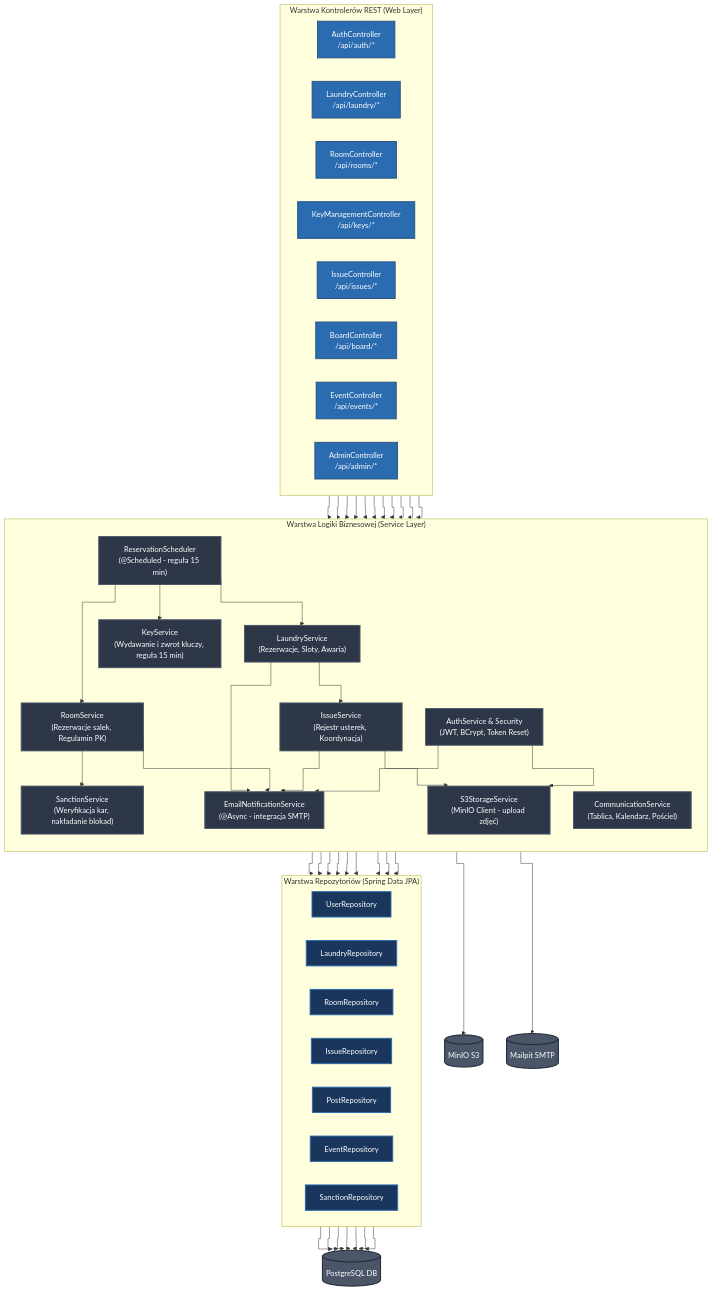
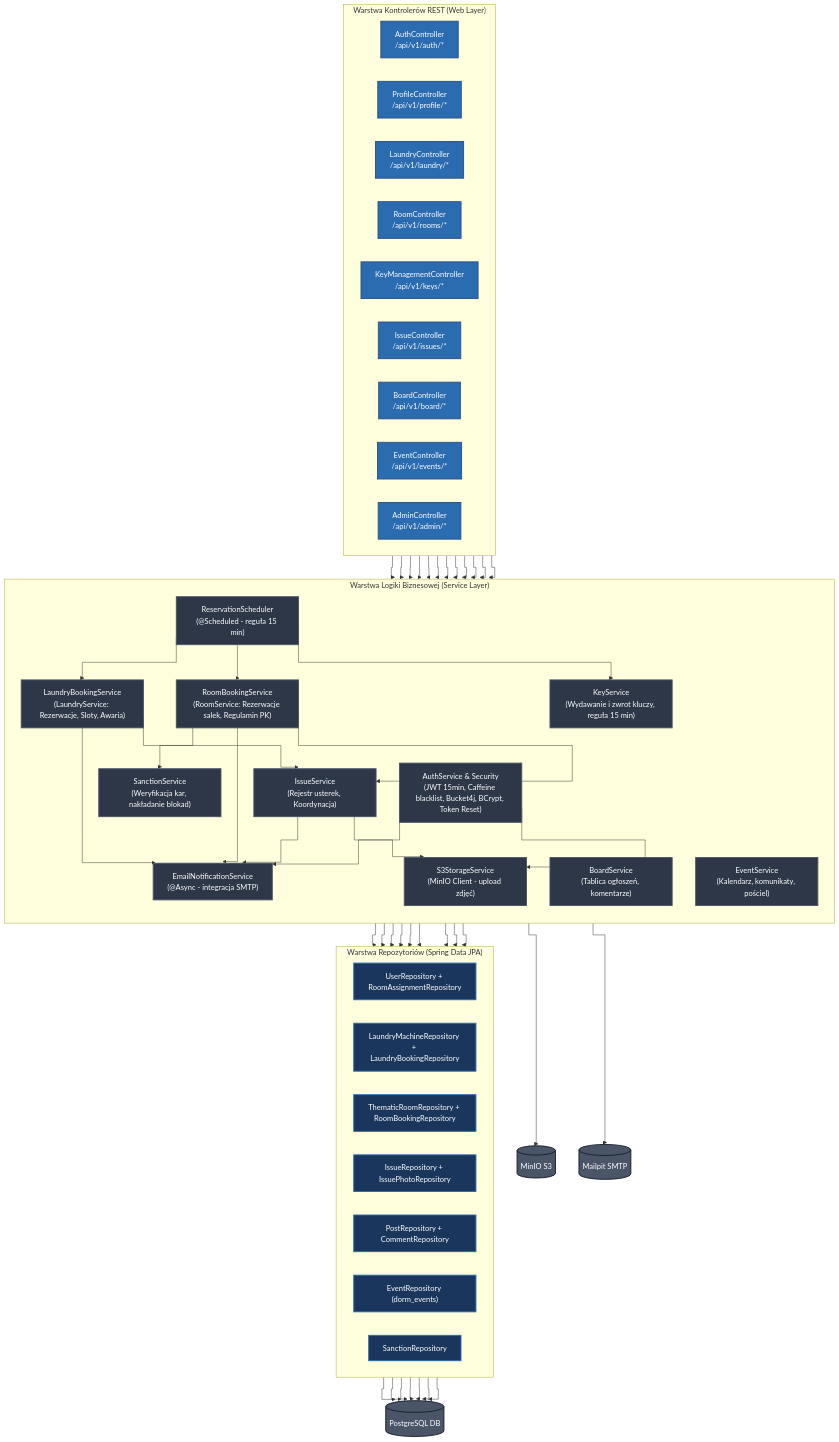
The third of 3 diagrams in Docs/Diagram_Komponentow_C4.md (Buczy8/PKampus), drawn with Mermaid before and after one commit. The commit also changed other lines of this file and 7 other files, not shown here.

```diff
--- a/Docs/Diagram_Komponentow_C4.md
+++ b/Docs/Diagram_Komponentow_C4.md
@@ -100,25 +102,27 @@
 
     subgraph API_Controllers ["Warstwa Kontrolerów REST (Web Layer)"]
         direction LR
-        C_AUTH["AuthController<br/>/api/auth/*"]:::ctrlStyle
-        C_LAUND["LaundryController<br/>/api/laundry/*"]:::ctrlStyle
-        C_ROOM["RoomController<br/>/api/rooms/*"]:::ctrlStyle
-        C_KEY["KeyManagementController<br/>/api/keys/*"]:::ctrlStyle
-        C_ISSUE["IssueController<br/>/api/issues/*"]:::ctrlStyle
-        C_BOARD["BoardController<br/>/api/board/*"]:::ctrlStyle
-        C_EVENT["EventController<br/>/api/events/*"]:::ctrlStyle
-        C_ADMIN["AdminController<br/>/api/admin/*"]:::ctrlStyle
+        C_AUTH["AuthController<br/>/api/v1/auth/*"]:::ctrlStyle
+        C_PROFILE["ProfileController<br/>/api/v1/profile/*"]:::ctrlStyle
+        C_LAUND["LaundryController<br/>/api/v1/laundry/*"]:::ctrlStyle
+        C_ROOM["RoomController<br/>/api/v1/rooms/*"]:::ctrlStyle
+        C_KEY["KeyManagementController<br/>/api/v1/keys/*"]:::ctrlStyle
+        C_ISSUE["IssueController<br/>/api/v1/issues/*"]:::ctrlStyle
+        C_BOARD["BoardController<br/>/api/v1/board/*"]:::ctrlStyle
+        C_EVENT["EventController<br/>/api/v1/events/*"]:::ctrlStyle
+        C_ADMIN["AdminController<br/>/api/v1/admin/*"]:::ctrlStyle
     end
 
     subgraph Business_Services ["Warstwa Logiki Biznesowej (Service Layer)"]
         direction TB
-        S_AUTH["AuthService & Security<br/>(JWT, BCrypt, Token Reset)"]:::svcStyle
-        S_LAUND["LaundryService<br/>(Rezerwacje, Sloty, Awaria)"]:::svcStyle
-        S_ROOM["RoomService<br/>(Rezerwacje salek, Regulamin PK)"]:::svcStyle
+        S_AUTH["AuthService & Security<br/>(JWT 15min, Caffeine blacklist, Bucket4j, BCrypt, Token Reset)"]:::svcStyle
+        S_LAUND["LaundryBookingService<br/>(LaundryService: Rezerwacje, Sloty, Awaria)"]:::svcStyle
+        S_ROOM["RoomBookingService<br/>(RoomService: Rezerwacje salek, Regulamin PK)"]:::svcStyle
         S_KEY["KeyService<br/>(Wydawanie i zwrot kluczy, reguła 15 min)"]:::svcStyle
         S_SANC["SanctionService<br/>(Weryfikacja kar, nakładanie blokad)"]:::svcStyle
         S_ISSUE["IssueService<br/>(Rejestr usterek, Koordynacja)"]:::svcStyle
-        S_COMM["CommunicationService<br/>(Tablica, Kalendarz, Pościel)"]:::svcStyle
+        S_BOARD["BoardService<br/>(Tablica ogłoszeń, komentarze)"]:::svcStyle
+        S_EVENT["EventService<br/>(Kalendarz, komunikaty, pościel)"]:::svcStyle
         S_SCHED["ReservationScheduler<br/>(@Scheduled - reguła 15 min)"]:::svcStyle
         S_MAIL["EmailNotificationService<br/>(@Async - integracja SMTP)"]:::svcStyle
         S_S3["S3StorageService<br/>(MinIO Client - upload zdjęć)"]:::svcStyle
@@ -126,12 +130,12 @@
 
     subgraph Data_Layer ["Warstwa Repozytoriów (Spring Data JPA)"]
         direction LR
-        R_USER["UserRepository"]:::repoStyle
-        R_LAUND["LaundryRepository"]:::repoStyle
-        R_ROOM["RoomRepository"]:::repoStyle
-        R_ISSUE["IssueRepository"]:::repoStyle
-        R_POST["PostRepository"]:::repoStyle
-        R_EVENT["EventRepository"]:::repoStyle
+        R_USER["UserRepository + RoomAssignmentRepository"]:::repoStyle
+        R_LAUND["LaundryMachineRepository + LaundryBookingRepository"]:::repoStyle
+        R_ROOM["ThematicRoomRepository + RoomBookingRepository"]:::repoStyle
+        R_ISSUE["IssueRepository + IssuePhotoRepository"]:::repoStyle
+        R_POST["PostRepository + CommentRepository"]:::repoStyle
+        R_EVENT["EventRepository (dorm_events)"]:::repoStyle
         R_SANC["SanctionRepository"]:::repoStyle
     end
 
@@ -141,12 +145,13 @@
 
     %% Powiązania kontrolerów z serwisami
     C_AUTH --> S_AUTH
+    C_PROFILE --> S_AUTH
     C_LAUND --> S_LAUND
     C_ROOM --> S_ROOM
     C_KEY --> S_KEY
     C_ISSUE --> S_ISSUE
-    C_BOARD --> S_COMM
-    C_EVENT --> S_COMM
+    C_BOARD --> S_BOARD
+    C_EVENT --> S_EVENT
     C_ADMIN --> S_AUTH
     C_ADMIN --> S_LAUND
     C_ADMIN --> S_ROOM
@@ -155,6 +160,7 @@
     %% Koordynacja między serwisami
     S_ROOM --> S_SANC
     S_LAUND --> S_ISSUE
+    S_ROOM --> S_ISSUE
     S_LAUND --> S_MAIL
     S_ROOM --> S_MAIL
     S_ISSUE --> S_S3
@@ -173,8 +179,8 @@
     S_KEY --> R_ROOM
     S_SANC --> R_SANC
     S_ISSUE --> R_ISSUE
-    S_COMM --> R_POST
-    S_COMM --> R_EVENT
+    S_BOARD --> R_POST
+    S_EVENT --> R_EVENT
 
     %% Wyjście do bazy i usług
     R_USER --> DB_EXT
```
